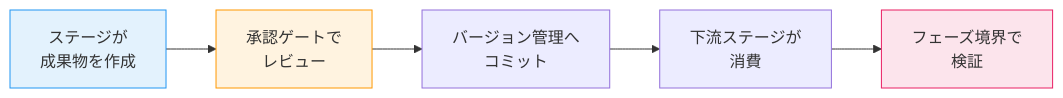
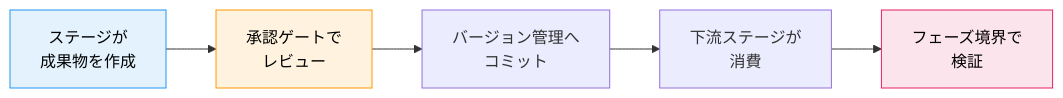
The diagram in docs/guide/ja/14-artifacts-reference.md (otomatty/aidlc-guide), drawn with Mermaid before and after one commit. The commit also changed other lines of this file and 321 other files, not shown here.

````diff
--- a/docs/guide/ja/14-artifacts-reference.md
+++ b/docs/guide/ja/14-artifacts-reference.md
@@ -91,14 +91,14 @@
 ```mermaid
 flowchart LR
     CREATE["ステージが\n成果物を作成"]
     REVIEW["承認ゲートで\nレビュー"]
     COMMIT["バージョン管理へ\nコミット"]
     CONSUME["下流ステージが\n消費"]
     VERIFY["フェーズ境界で\n検証"]
 
     CREATE --> REVIEW --> COMMIT --> CONSUME --> VERIFY
 
-    style CREATE fill:#e3f2fd,stroke:#2196f3
-    style REVIEW fill:#fff3e0,stroke:#ff9800
-    style VERIFY fill:#fce4ec,stroke:#e91e63
+    style CREATE fill:#e3f2fd,stroke:#2196f3,color:#000
+    style REVIEW fill:#fff3e0,stroke:#ff9800,color:#000
+    style VERIFY fill:#fce4ec,stroke:#e91e63,color:#000
 ```
````
